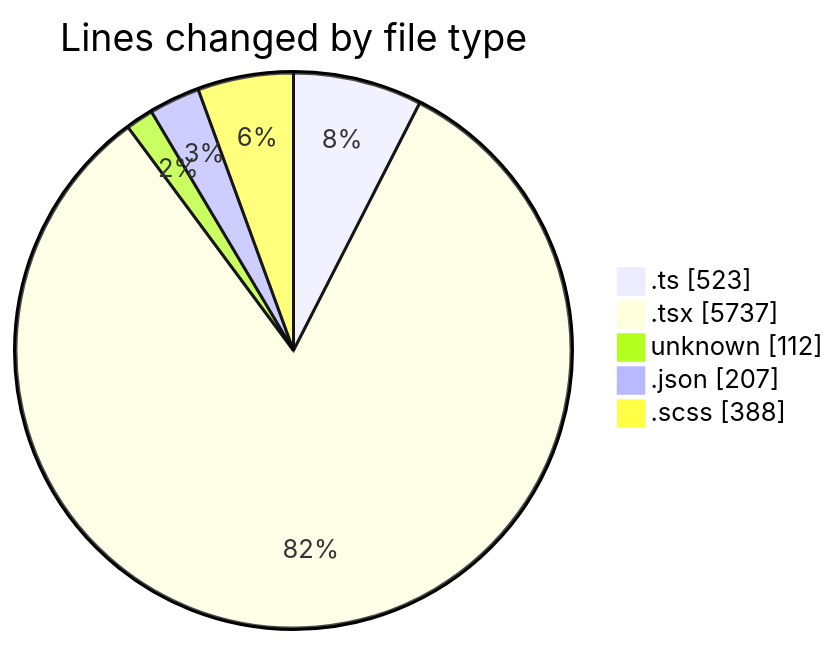
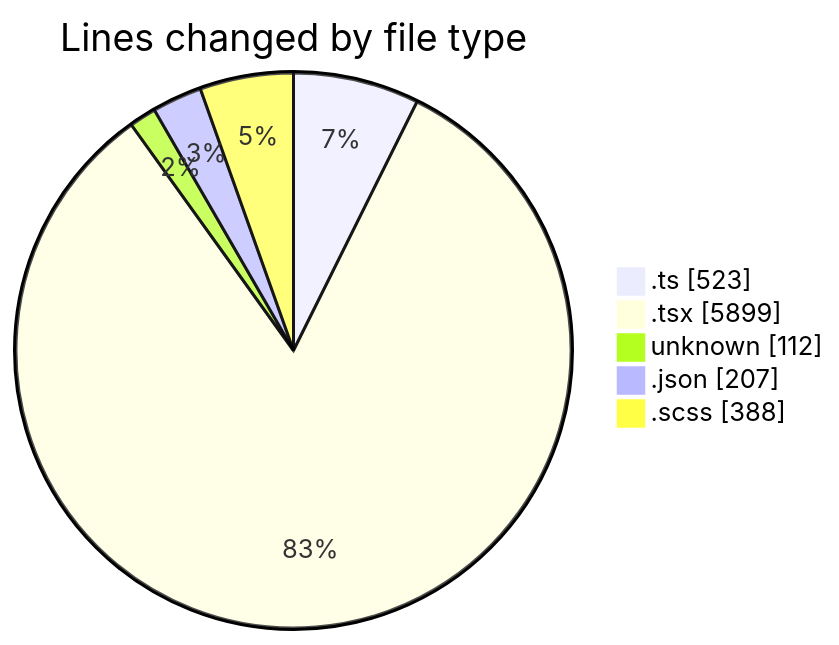
The first of 2 diagrams in 2026-04-29/cda/README.md (momahboobian/code-tracking), drawn with Mermaid before and after one commit. The commit also changed other lines of this file and 1 other file, not shown here.

````diff
--- a/2026-04-29/cda/README.md
+++ b/2026-04-29/cda/README.md
@@ -53,9 +53,9 @@
 ```mermaid
 pie showData
 title Lines changed by file type
 ".ts" : 523
-".tsx" : 5737
+".tsx" : 5899
 "unknown" : 112
 ".json" : 207
 ".scss" : 388
 ```
````
